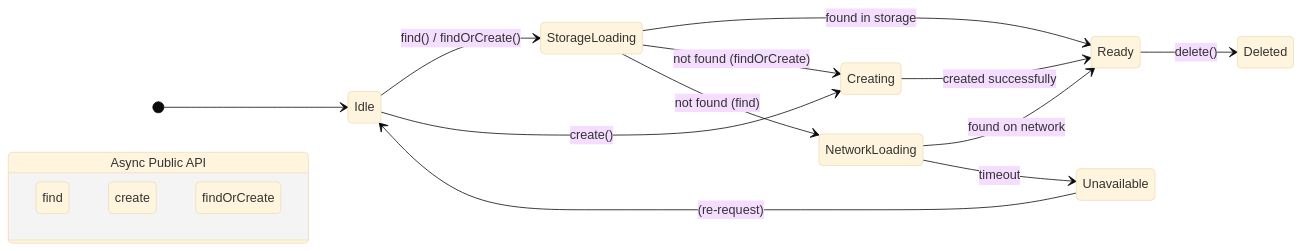
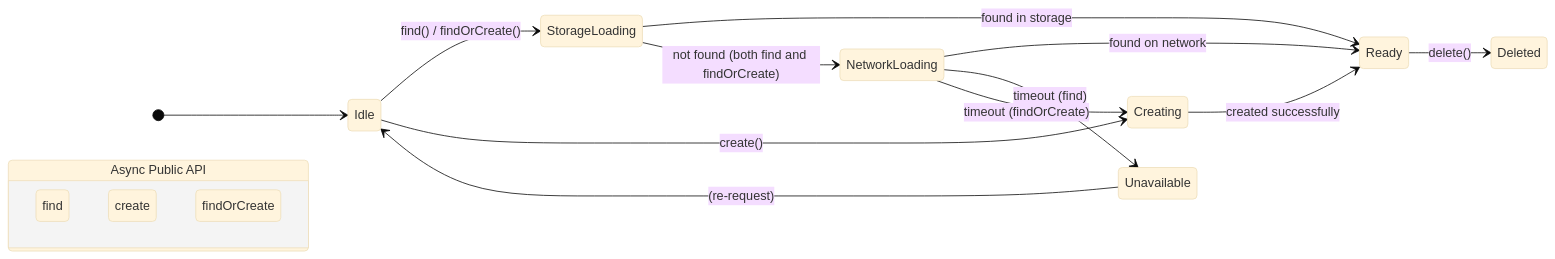
The diagram in packages/repo/src/doc-handle.md (SchoolAI/loro-extended), drawn with Mermaid (base theme) before and after one commit. The commit also changed other lines of this file and 6 other files, not shown here.

````diff
--- a/packages/repo/src/doc-handle.md
+++ b/packages/repo/src/doc-handle.md
@@ -31,27 +31,27 @@
 ```mermaid
 stateDiagram-v2
     direction LR
     
     [*] --> Idle
 
     Idle --> StorageLoading: find() / findOrCreate()
     Idle --> Creating: create()
     
     StorageLoading --> Ready: found in storage
-    StorageLoading --> Creating: not found (findOrCreate)
-    StorageLoading --> NetworkLoading: not found (find)
+    StorageLoading --> NetworkLoading: not found (both find and findOrCreate)
     
     NetworkLoading --> Ready: found on network
-    NetworkLoading --> Unavailable: timeout
+    NetworkLoading --> Unavailable: timeout (find)
+    NetworkLoading --> Creating: timeout (findOrCreate)
     
     Creating --> Ready: created successfully
     
     Ready --> Deleted: delete()
     Unavailable --> Idle: (re-request)
 
     state "Async Public API" as api {
       find
       create
       findOrCreate
     }
 ```
````
